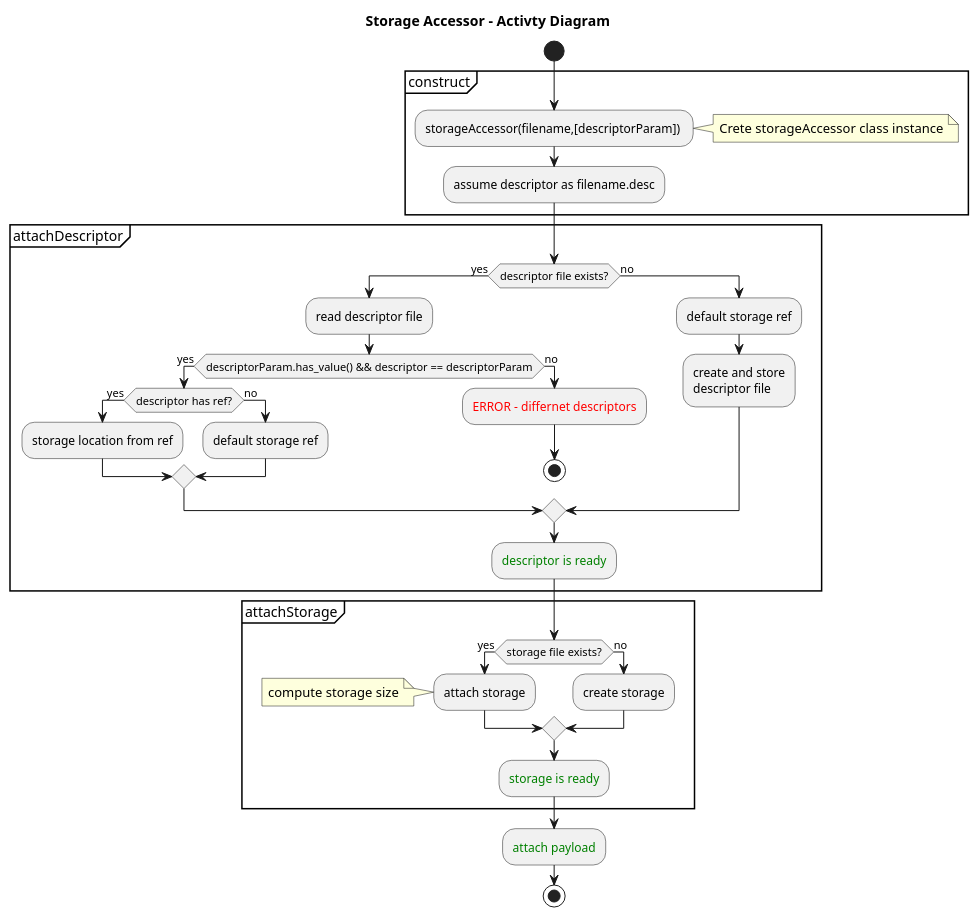
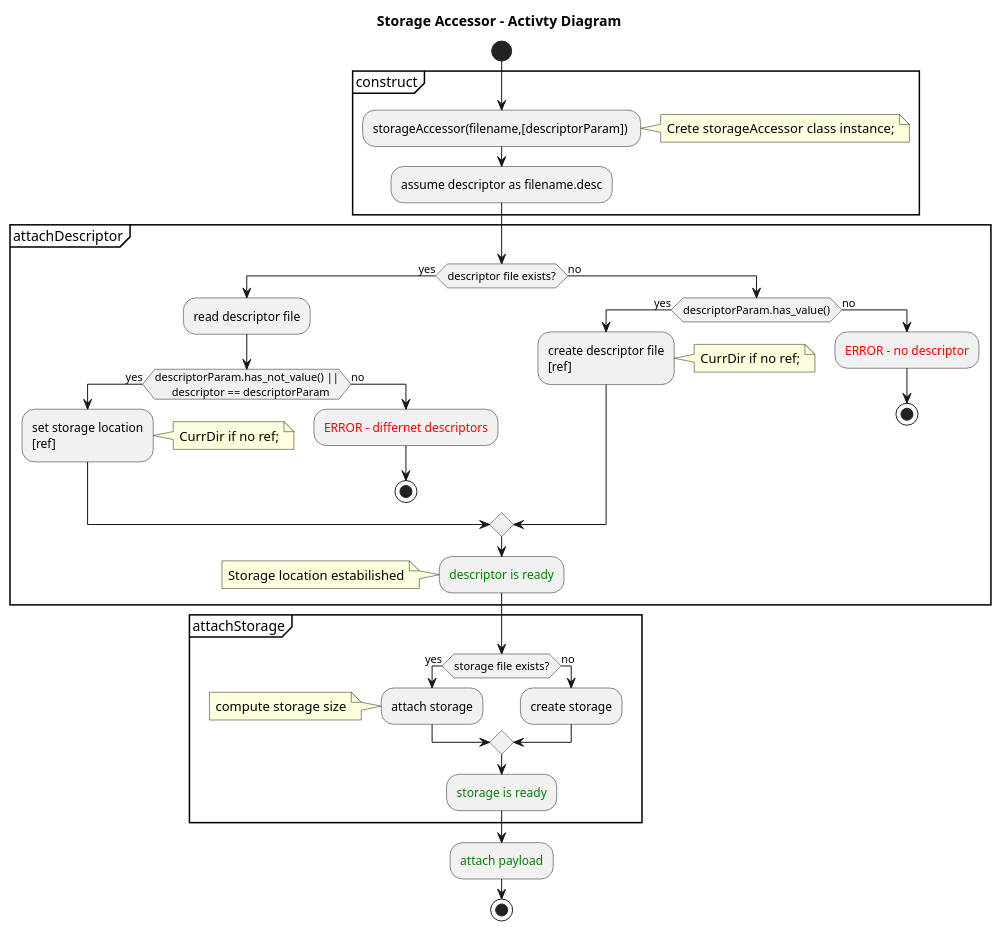
Before and after one commit to michalwidera/retractordb: the diagram in src/rdb/UML/rdb-storageaccessor.puml, drawn with PlantUML. The commit also changed 8 other files, not shown here.

```diff
--- a/src/rdb/UML/rdb-storageaccessor.puml
+++ b/src/rdb/UML/rdb-storageaccessor.puml
@@ -1,52 +1,58 @@
 @startuml
 
 title Storage Accessor - Activty Diagram
 
 
 start
 
 partition "construct" {
 :storageAccessor(filename,[descriptorParam]) ;
-note right: Crete storageAccessor class instance
+note right: Crete storageAccessor class instance;
 
 :assume descriptor as filename.desc;
 }
 
 partition "attachDescriptor" {
 if (descriptor file exists?) then (yes)
   :read descriptor file;
-  if (descriptorParam.has_value() && descriptor == descriptorParam) then (yes)
-    if (descriptor has ref?) then (yes)
-      :storage location from ref;
-    else (no)
-      :default storage ref;
-    endif
+  if (descriptorParam.has_not_value() ||
+      descriptor == descriptorParam) then (yes)
+    :set storage location
+    [ref];
+    note right: CurrDir if no ref;
   else (no)
     :<color:red>ERROR - differnet descriptors;
     stop
   endif
 else (no)
-  :default storage ref;
-  :create and store
-  descriptor file;
+	if (descriptorParam.has_value()) then (yes)
+  :create descriptor file
+  [ref];
+  note right: CurrDir if no ref;
+  else(no)
+     :<color:red>ERROR - no descriptor;
+    stop
+  endif
 endif
 
 :<color:green>descriptor is ready;
+
+note left: Storage location estabilished
 }
 
 partition "attachStorage" {
 if (storage file exists?) then (yes)
   :attach storage;
   note left: compute storage size
 else (no)
   :create storage;
 endif
 
 :<color:green>storage is ready;
 }
 
 :<color:green>attach payload;
 
 stop
 
 @enduml
```
